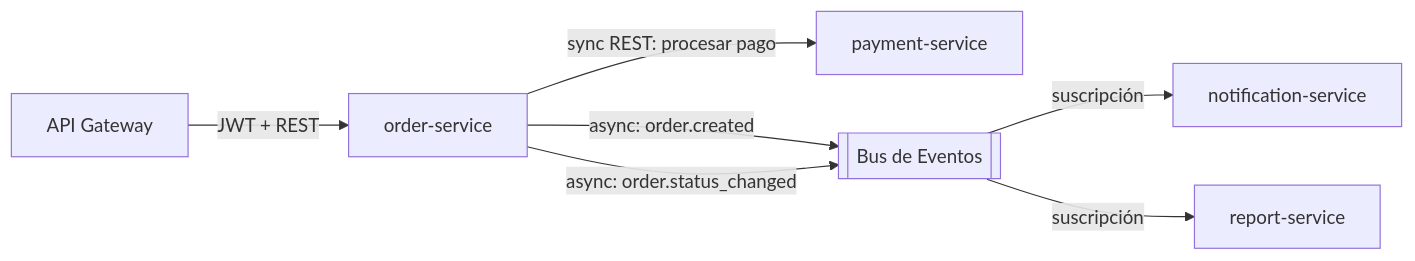
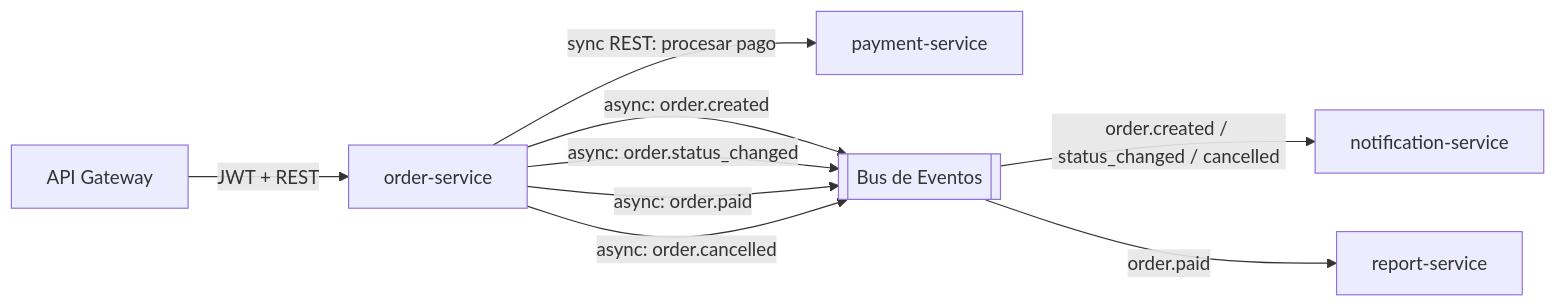
Diagram 12 of 12 in BackEnd-Arquitectura.md (holyusm/INF-301-WWW), drawn with Mermaid before and after one commit. The commit also changed other lines of this file and 8 other files, not shown here.

````diff
--- a/BackEnd-Arquitectura.md
+++ b/BackEnd-Arquitectura.md
@@ -969,16 +1440,18 @@
 ```mermaid
 flowchart LR
     AG[API Gateway]
     ORDER[order-service]
     PAY[payment-service]
     MB[[Bus de Eventos]]
     NOTIF[notification-service]
     REPORT[report-service]
 
     AG -->|JWT + REST| ORDER
     ORDER -->|sync REST: procesar pago| PAY
     ORDER -->|async: order.created| MB
     ORDER -->|async: order.status_changed| MB
-    MB -->|suscripción| NOTIF
-    MB -->|suscripción| REPORT
+    ORDER -->|async: order.paid| MB
+    ORDER -->|async: order.cancelled| MB
+    MB -->|order.created / status_changed / cancelled| NOTIF
+    MB -->|order.paid| REPORT
 ```
````
